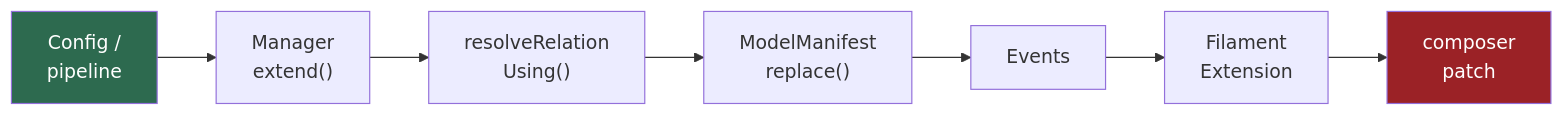
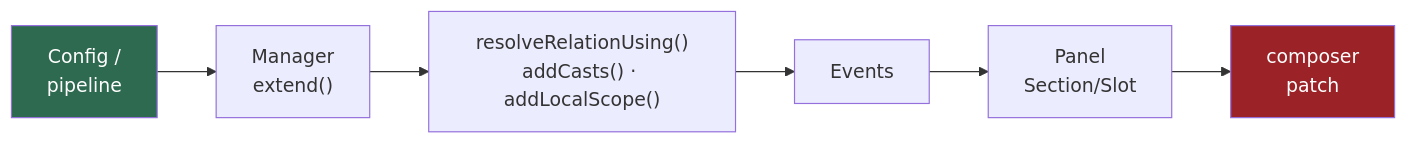
The second of 3 diagrams in docs/README.md (ptdat97/lunar-shop), drawn with Mermaid before and after one commit. The commit also changed other lines of this file and 4 other files, not shown here.

````diff
--- a/docs/README.md
+++ b/docs/README.md
@@ -78,12 +79,11 @@
 ```mermaid
 flowchart LR
     A["Config /<br/>pipeline"] --> B["Manager<br/>extend()"]
-    B --> C["resolveRelation<br/>Using()"]
-    C --> D["ModelManifest<br/>replace()"]
-    D --> E["Events"]
-    E --> F["Filament<br/>Extension"]
-    F --> G["composer<br/>patch"]
+    B --> C["resolveRelationUsing()<br/>addCasts() · addLocalScope()"]
+    C --> D["Events"]
+    D --> E["Panel<br/>Section/Slot"]
+    E --> F["composer<br/>patch"]
 
     style A fill:#2d6a4f,color:#fff
-    style G fill:#9b2226,color:#fff
+    style F fill:#9b2226,color:#fff
 ```
````
